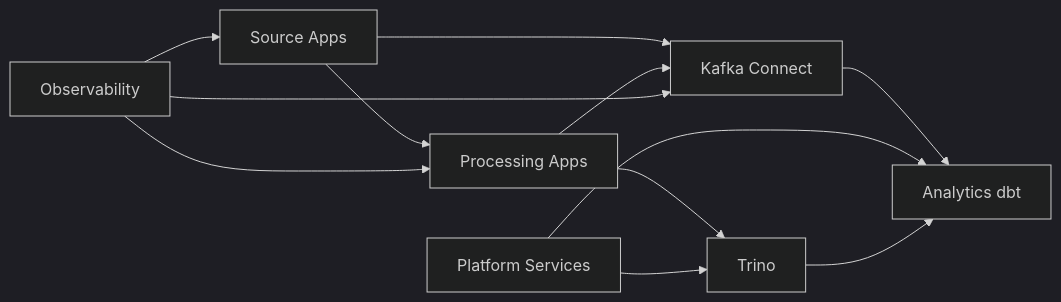
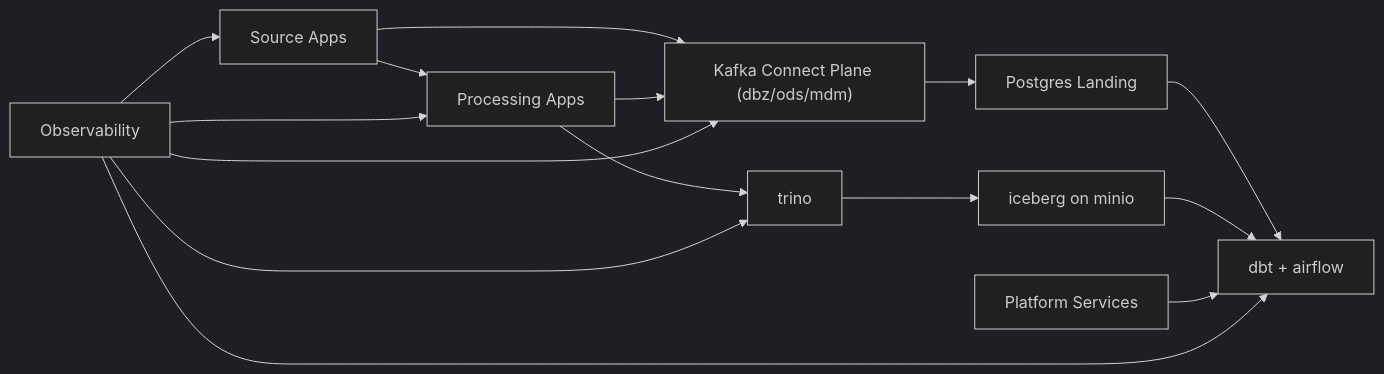
Before and after one commit to paulchen8206/Full-Stack-Modern-Data-Architecture-and-Engineering: the first of 2 diagrams in README.md, drawn with Mermaid (dark theme). The commit also changed other lines of this file and 18 other files, not shown here.

````diff
--- a/README.md
+++ b/README.md
@@ -103,22 +103,27 @@
 ```mermaid
 flowchart LR
    SA["Source Apps"]
    PA["Processing Apps"]
-   KC["Kafka Connect"]
+   KC["Kafka Connect Plane (dbz/ods/mdm)"]
    PS["Platform Services"]
-   AN["Analytics dbt"]
-   QE["Trino"]
+   WH["Postgres Landing"]
+   TR["trino"]
+   LK["iceberg on minio"]
+   AN["dbt + airflow"]
    OBS["Observability"]
 
    SA --> PA
    SA --> KC
    PA --> KC
-   KC --> AN
-   PA --> QE
+   KC --> WH
+   PA --> TR
+   TR --> LK
+   WH --> AN
+   LK --> AN
    PS --> AN
-   PS --> QE
-   QE --> AN
    OBS --> SA
    OBS --> PA
    OBS --> KC
+   OBS --> TR
+   OBS --> AN
 ```
````
